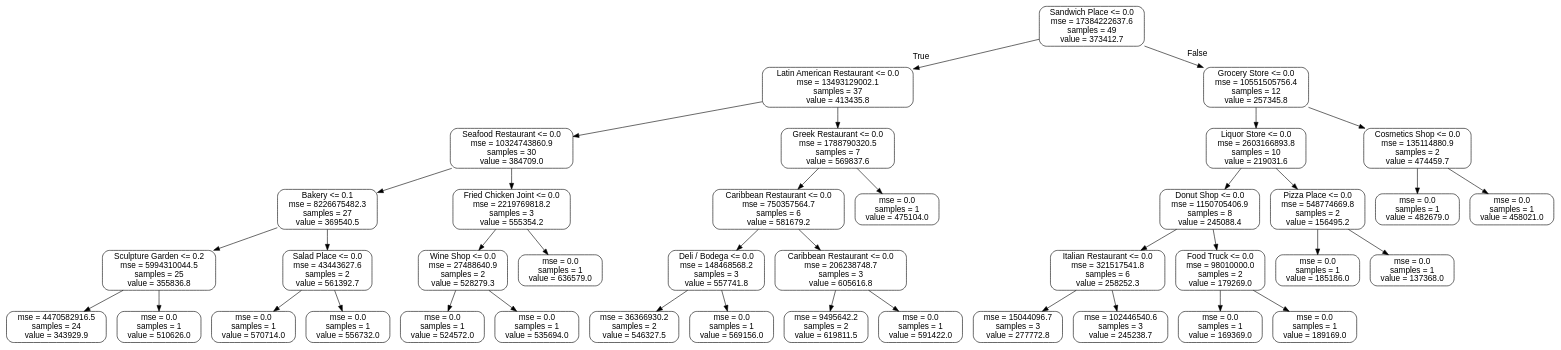
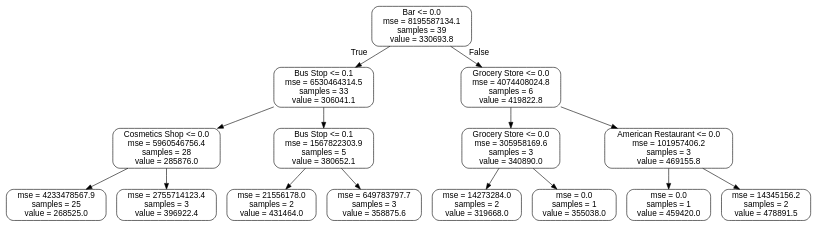
One commit to allaccountstaken/predicting_urban_home_values changed the diagram in low_price_tree.dot. Above: the diagram before and after it, drawn with Graphviz. The commit also changed 18 other files, not shown here.

```diff
--- a/low_price_tree.dot
+++ b/low_price_tree.dot
@@ -1,81 +1,33 @@
 digraph Tree {
 node [shape=box, style="rounded", color="black", fontname=helvetica] ;
 edge [fontname=helvetica] ;
-0 [label="Sandwich Place <= 0.0\nmse = 17384222637.6\nsamples = 49\nvalue = 373412.7"] ;
-1 [label="Latin American Restaurant <= 0.0\nmse = 13493129002.1\nsamples = 37\nvalue = 413435.8"] ;
+0 [label="Bar <= 0.0\nmse = 8195587134.1\nsamples = 39\nvalue = 330693.8"] ;
+1 [label="Bus Stop <= 0.1\nmse = 6530464314.5\nsamples = 33\nvalue = 306041.1"] ;
 0 -> 1 [labeldistance=2.5, labelangle=45, headlabel="True"] ;
-2 [label="Seafood Restaurant <= 0.0\nmse = 10324743860.9\nsamples = 30\nvalue = 384709.0"] ;
+2 [label="Cosmetics Shop <= 0.0\nmse = 5960546756.4\nsamples = 28\nvalue = 285876.0"] ;
 1 -> 2 ;
-3 [label="Bakery <= 0.1\nmse = 8226675482.3\nsamples = 27\nvalue = 369540.5"] ;
+3 [label="mse = 4233478567.9\nsamples = 25\nvalue = 268525.0"] ;
 2 -> 3 ;
-4 [label="Sculpture Garden <= 0.2\nmse = 5994310044.5\nsamples = 25\nvalue = 355836.8"] ;
-3 -> 4 ;
-5 [label="mse = 4470582916.5\nsamples = 24\nvalue = 343929.9"] ;
-4 -> 5 ;
-6 [label="mse = 0.0\nsamples = 1\nvalue = 510626.0"] ;
-4 -> 6 ;
-7 [label="Salad Place <= 0.0\nmse = 43443627.6\nsamples = 2\nvalue = 561392.7"] ;
-3 -> 7 ;
-8 [label="mse = 0.0\nsamples = 1\nvalue = 570714.0"] ;
-7 -> 8 ;
-9 [label="mse = 0.0\nsamples = 1\nvalue = 556732.0"] ;
-7 -> 9 ;
-10 [label="Fried Chicken Joint <= 0.0\nmse = 2219769818.2\nsamples = 3\nvalue = 555354.2"] ;
-2 -> 10 ;
-11 [label="Wine Shop <= 0.0\nmse = 27488640.9\nsamples = 2\nvalue = 528279.3"] ;
-10 -> 11 ;
-12 [label="mse = 0.0\nsamples = 1\nvalue = 524572.0"] ;
-11 -> 12 ;
-13 [label="mse = 0.0\nsamples = 1\nvalue = 535694.0"] ;
-11 -> 13 ;
-14 [label="mse = 0.0\nsamples = 1\nvalue = 636579.0"] ;
-10 -> 14 ;
-15 [label="Greek Restaurant <= 0.0\nmse = 1788790320.5\nsamples = 7\nvalue = 569837.6"] ;
-1 -> 15 ;
-16 [label="Caribbean Restaurant <= 0.0\nmse = 750357564.7\nsamples = 6\nvalue = 581679.2"] ;
-15 -> 16 ;
-17 [label="Deli / Bodega <= 0.0\nmse = 148468568.2\nsamples = 3\nvalue = 557741.8"] ;
-16 -> 17 ;
-18 [label="mse = 36366930.2\nsamples = 2\nvalue = 546327.5"] ;
-17 -> 18 ;
-19 [label="mse = 0.0\nsamples = 1\nvalue = 569156.0"] ;
-17 -> 19 ;
-20 [label="Caribbean Restaurant <= 0.0\nmse = 206238748.7\nsamples = 3\nvalue = 605616.8"] ;
-16 -> 20 ;
-21 [label="mse = 9495642.2\nsamples = 2\nvalue = 619811.5"] ;
-20 -> 21 ;
-22 [label="mse = 0.0\nsamples = 1\nvalue = 591422.0"] ;
-20 -> 22 ;
-23 [label="mse = 0.0\nsamples = 1\nvalue = 475104.0"] ;
-15 -> 23 ;
-24 [label="Grocery Store <= 0.0\nmse = 10551505756.4\nsamples = 12\nvalue = 257345.8"] ;
-0 -> 24 [labeldistance=2.5, labelangle=-45, headlabel="False"] ;
-25 [label="Liquor Store <= 0.0\nmse = 2603166893.8\nsamples = 10\nvalue = 219031.6"] ;
-24 -> 25 ;
-26 [label="Donut Shop <= 0.0\nmse = 1150705406.9\nsamples = 8\nvalue = 245088.4"] ;
-25 -> 26 ;
-27 [label="Italian Restaurant <= 0.0\nmse = 321517541.8\nsamples = 6\nvalue = 258252.3"] ;
-26 -> 27 ;
-28 [label="mse = 15044096.7\nsamples = 3\nvalue = 277772.8"] ;
-27 -> 28 ;
-29 [label="mse = 102446540.6\nsamples = 3\nvalue = 245238.7"] ;
-27 -> 29 ;
-30 [label="Food Truck <= 0.0\nmse = 98010000.0\nsamples = 2\nvalue = 179269.0"] ;
-26 -> 30 ;
-31 [label="mse = 0.0\nsamples = 1\nvalue = 169369.0"] ;
-30 -> 31 ;
-32 [label="mse = 0.0\nsamples = 1\nvalue = 189169.0"] ;
-30 -> 32 ;
-33 [label="Pizza Place <= 0.0\nmse = 548774669.8\nsamples = 2\nvalue = 156495.2"] ;
-25 -> 33 ;
-34 [label="mse = 0.0\nsamples = 1\nvalue = 185186.0"] ;
-33 -> 34 ;
-35 [label="mse = 0.0\nsamples = 1\nvalue = 137368.0"] ;
-33 -> 35 ;
-36 [label="Cosmetics Shop <= 0.0\nmse = 135114880.9\nsamples = 2\nvalue = 474459.7"] ;
-24 -> 36 ;
-37 [label="mse = 0.0\nsamples = 1\nvalue = 482679.0"] ;
-36 -> 37 ;
-38 [label="mse = 0.0\nsamples = 1\nvalue = 458021.0"] ;
-36 -> 38 ;
+4 [label="mse = 2755714123.4\nsamples = 3\nvalue = 396922.4"] ;
+2 -> 4 ;
+5 [label="Bus Stop <= 0.1\nmse = 1567822303.9\nsamples = 5\nvalue = 380652.1"] ;
+1 -> 5 ;
+6 [label="mse = 21556178.0\nsamples = 2\nvalue = 431464.0"] ;
+5 -> 6 ;
+7 [label="mse = 649783797.7\nsamples = 3\nvalue = 358875.6"] ;
+5 -> 7 ;
+8 [label="Grocery Store <= 0.0\nmse = 4074408024.8\nsamples = 6\nvalue = 419822.8"] ;
+0 -> 8 [labeldistance=2.5, labelangle=-45, headlabel="False"] ;
+9 [label="Grocery Store <= 0.0\nmse = 305958169.6\nsamples = 3\nvalue = 340890.0"] ;
+8 -> 9 ;
+10 [label="mse = 14273284.0\nsamples = 2\nvalue = 319668.0"] ;
+9 -> 10 ;
+11 [label="mse = 0.0\nsamples = 1\nvalue = 355038.0"] ;
+9 -> 11 ;
+12 [label="American Restaurant <= 0.0\nmse = 101957406.2\nsamples = 3\nvalue = 469155.8"] ;
+8 -> 12 ;
+13 [label="mse = 0.0\nsamples = 1\nvalue = 459420.0"] ;
+12 -> 13 ;
+14 [label="mse = 14345156.2\nsamples = 2\nvalue = 478891.5"] ;
+12 -> 14 ;
 }
```
